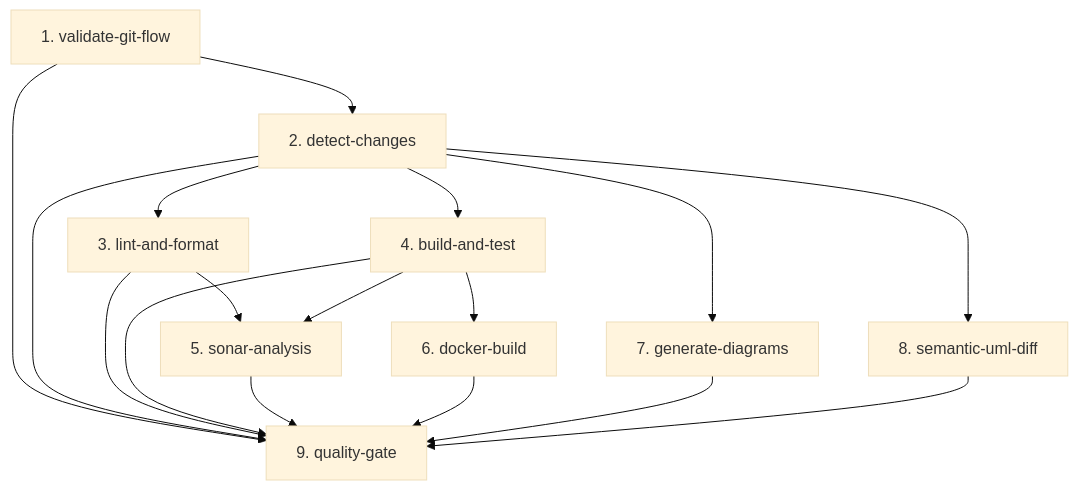
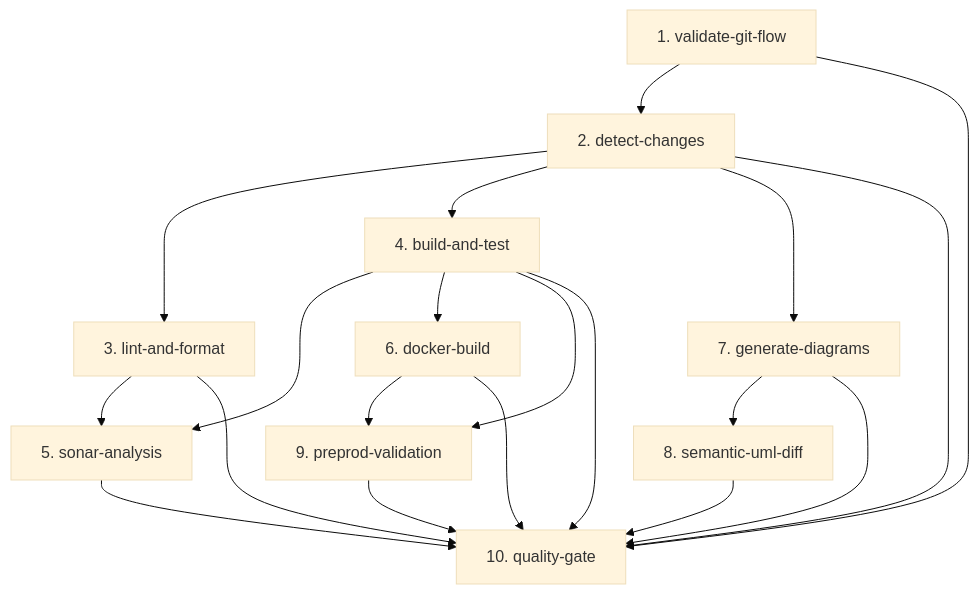
The first of 2 diagrams in docs/cicd/DonaTrack-CICD.md (tsorren/DonaTrack-TP-DDS), drawn with Mermaid (base theme) before and after one commit. The commit also changed other lines of this file and 2 other files, not shown here.

````diff
--- a/docs/cicd/DonaTrack-CICD.md
+++ b/docs/cicd/DonaTrack-CICD.md
@@ -20,21 +26,25 @@
 ```mermaid
 graph TD
   validate-git-flow[1. validate-git-flow] --> detect-changes[2. detect-changes]
   detect-changes --> lint-and-format[3. lint-and-format]
   detect-changes --> build-and-test[4. build-and-test]
   detect-changes --> generate-diagrams[7. generate-diagrams]
-  detect-changes --> semantic-uml-diff[8. semantic-uml-diff]
-  
+
   lint-and-format --> sonar-analysis[5. sonar-analysis]
   build-and-test --> sonar-analysis
   build-and-test --> docker-build[6. docker-build]
-  
-  validate-git-flow --> quality-gate[9. quality-gate]
+  build-and-test --> preprod-validation[9. preprod-validation]
+  docker-build --> preprod-validation
+
+  generate-diagrams --> semantic-uml-diff[8. semantic-uml-diff]
+
+  validate-git-flow --> quality-gate[10. quality-gate]
   detect-changes --> quality-gate
   lint-and-format --> quality-gate
   build-and-test --> quality-gate
   sonar-analysis --> quality-gate
   docker-build --> quality-gate
   generate-diagrams --> quality-gate
   semantic-uml-diff --> quality-gate
+  preprod-validation --> quality-gate
 ```
````
